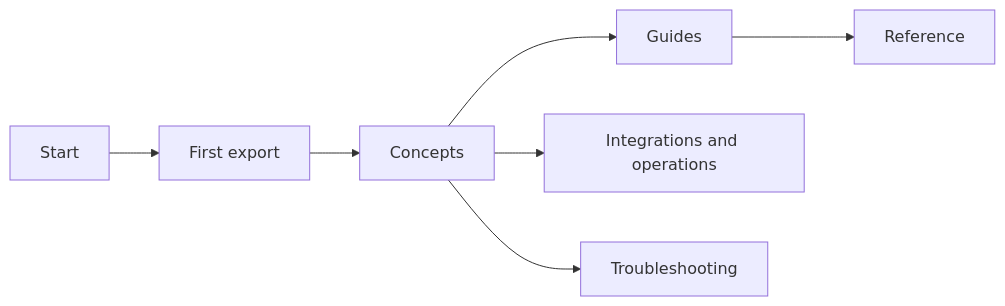
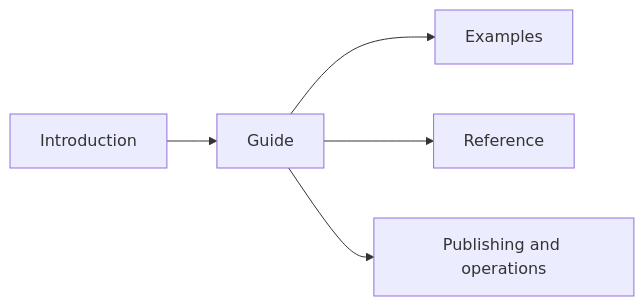
Before and after one commit to marimo-team/marimo-export: the diagram in development_docs/documentation.md, drawn with Mermaid. The commit also changed other lines of this file and 19 other files, not shown here.

````diff
--- a/development_docs/documentation.md
+++ b/development_docs/documentation.md
@@ -57,9 +57,7 @@
 ```mermaid
 flowchart LR
-    start[Start] --> first["First export"]
-    first --> concepts[Concepts]
-    concepts --> guides[Guides]
-    guides --> reference[Reference]
-    concepts --> integrations["Integrations and operations"]
-    concepts --> troubleshooting[Troubleshooting]
+    introduction[Introduction] --> guide[Guide]
+    guide --> examples[Examples]
+    guide --> reference[Reference]
+    guide --> operations["Publishing and operations"]
 ```
````
